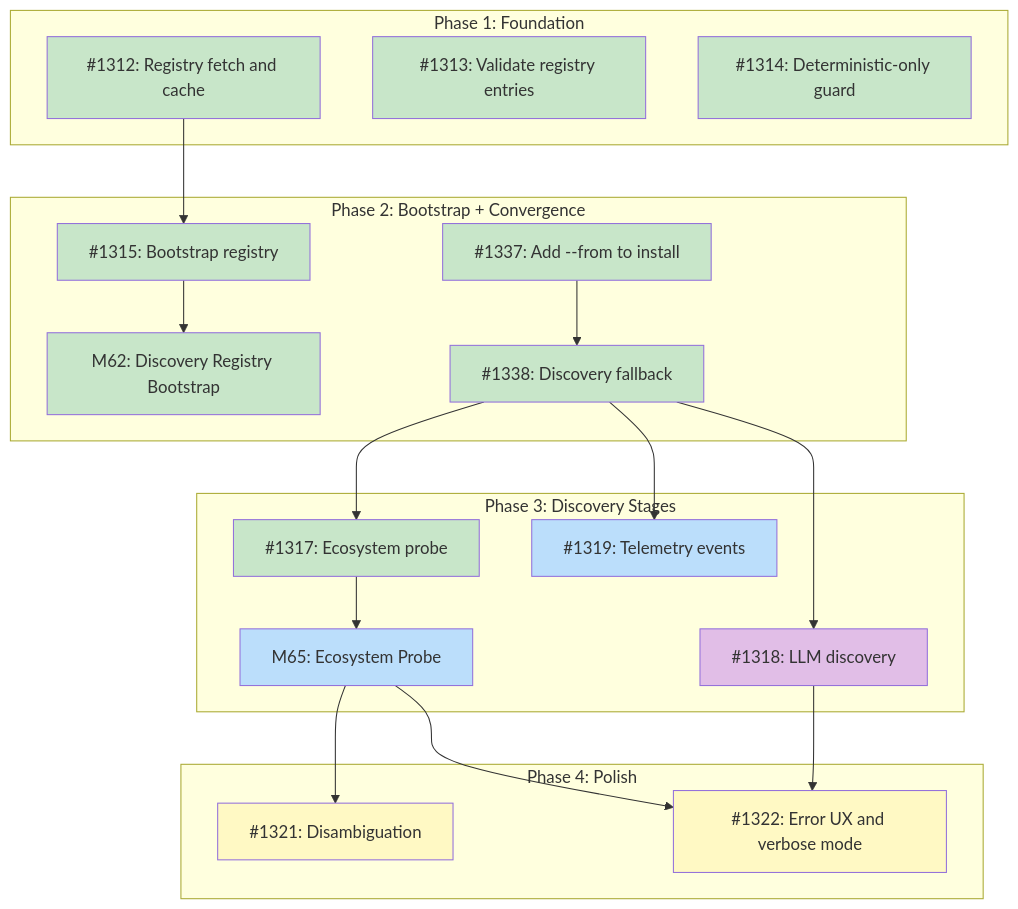
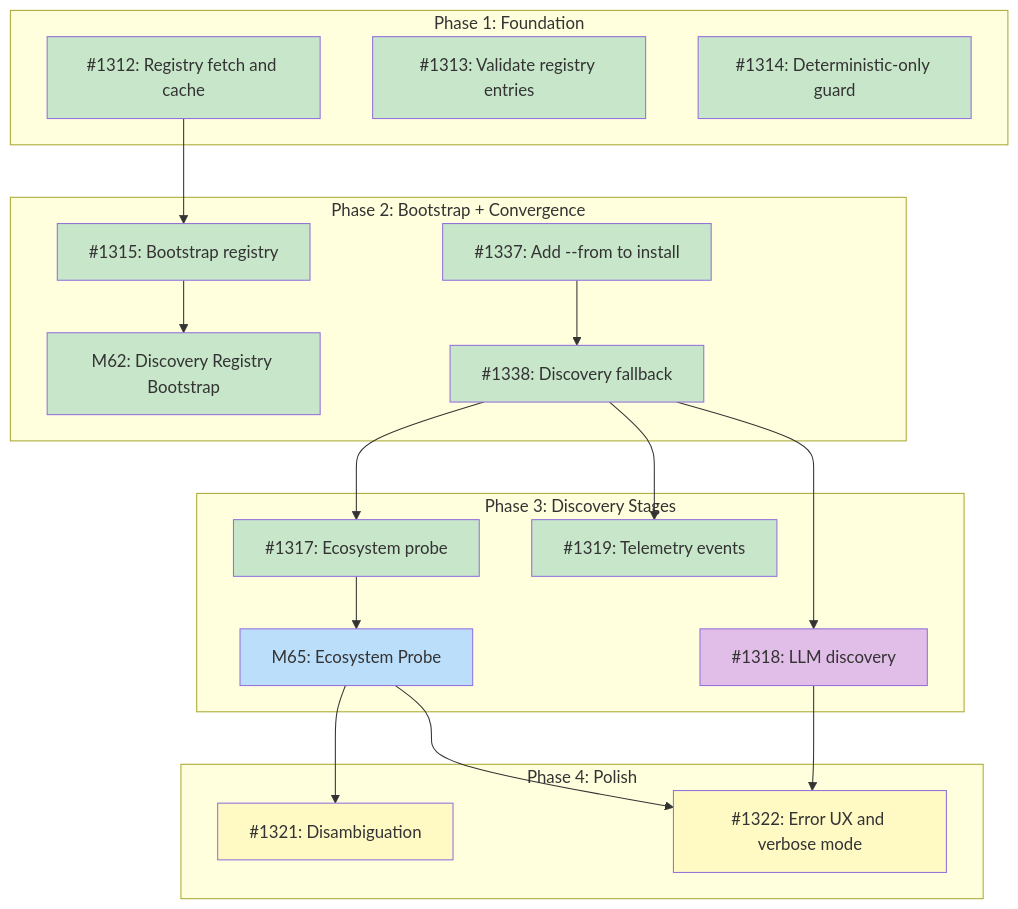
One commit to tsukumogami/tsuku changed the diagram in docs/designs/DESIGN-discovery-resolver.md. Above: the diagram before and after it, drawn with Mermaid. The commit also changed other lines of this file and 8 other files, not shown here.

````diff
--- a/docs/designs/DESIGN-discovery-resolver.md
+++ b/docs/designs/DESIGN-discovery-resolver.md
@@ -64,54 +64,54 @@
 ```mermaid
 graph TD
     subgraph Phase1["Phase 1: Foundation"]
         I1312["#1312: Registry fetch and cache"]
         I1313["#1313: Validate registry entries"]
         I1314["#1314: Deterministic-only guard"]
     end
 
     subgraph Phase2["Phase 2: Bootstrap + Convergence"]
         M62["M62: Discovery Registry Bootstrap"]
         I1315["#1315: Bootstrap registry"]
         I1337["#1337: Add --from to install"]
         I1338["#1338: Discovery fallback"]
     end
 
     subgraph Phase3["Phase 3: Discovery Stages"]
         I1317["#1317: Ecosystem probe"]
         M65["M65: Ecosystem Probe"]
         I1318["#1318: LLM discovery"]
         I1319["#1319: Telemetry events"]
     end
 
     subgraph Phase4["Phase 4: Polish"]
         I1321["#1321: Disambiguation"]
         I1322["#1322: Error UX and verbose mode"]
     end
 
     I1312 --> I1315
     I1315 --> M62
     I1337 --> I1338
     I1338 --> I1317
     I1317 --> M65
     I1338 --> I1318
     I1338 --> I1319
     M65 --> I1321
     M65 --> I1322
     I1318 --> I1322
 
     classDef done fill:#c8e6c9
     classDef ready fill:#bbdefb
     classDef blocked fill:#fff9c4
     classDef needsDesign fill:#e1bee7
 
     class I1312,I1313,I1314 done
     class I1337,I1338 done
-    class I1319 ready
+    class I1319 done
     class I1317 done
     class I1318 needsDesign
     class M65 ready
     class M62 done
     class I1315 done
     class I1321 blocked
     class I1322 blocked
 ```
````
